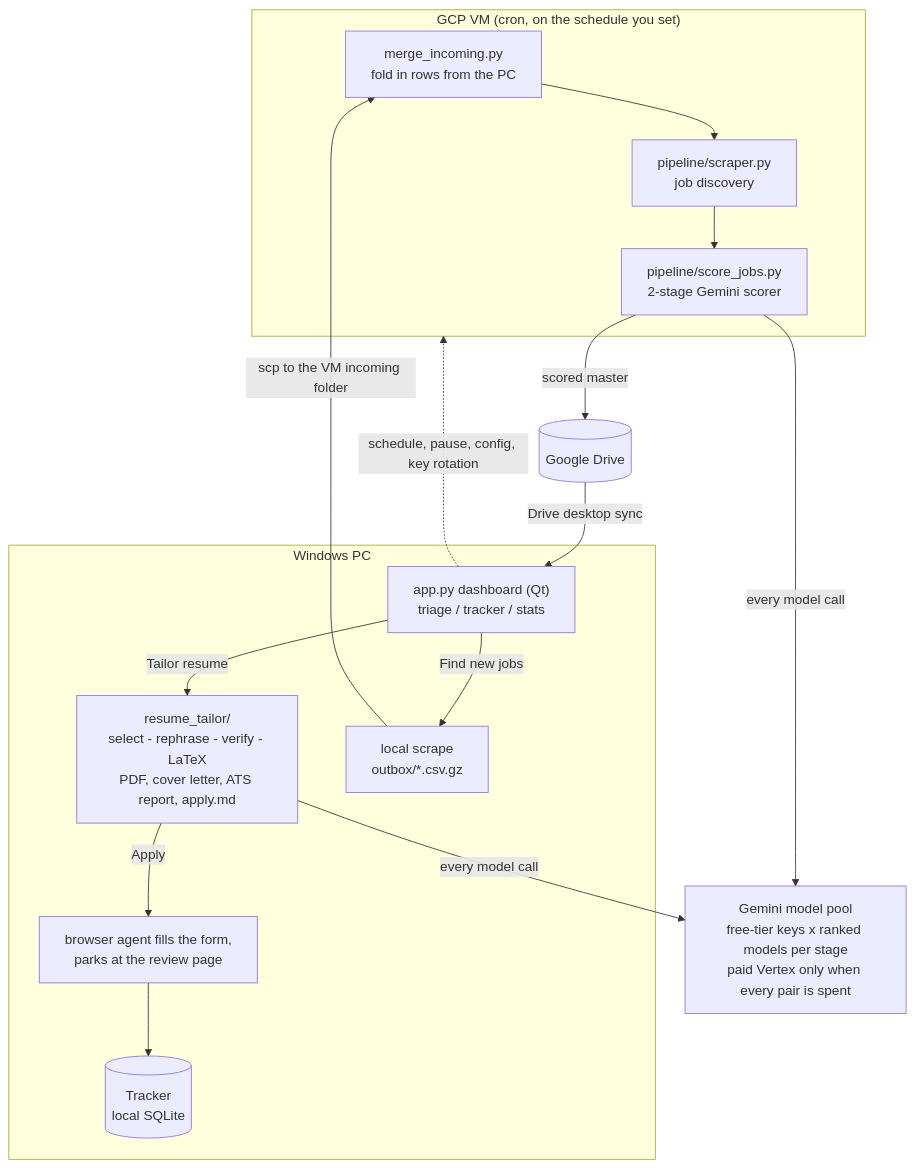
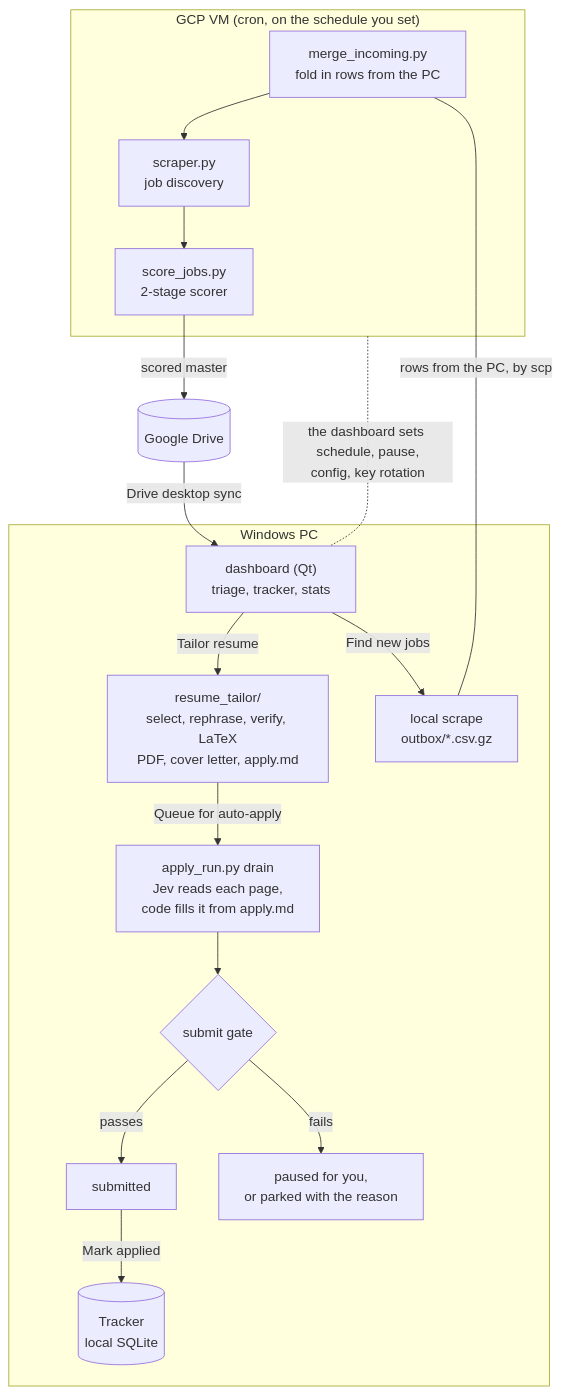
One commit to yib7/INployed changed the first of 3 diagrams in README.md. Above: the diagram before and after it, drawn with Mermaid. The commit also changed other lines of this file, not shown here.

First line of the commit message:
docs(readme): lead with auto-apply and the two code-enforced rules for v2.0

````diff
--- a/README.md
+++ b/README.md
@@ -57,16 +58,19 @@
 ```mermaid
 flowchart TD
     subgraph Cloud["GCP VM (cron, on the schedule you set)"]
-        M["merge_incoming.py<br/>fold in rows from the PC"] --> A["pipeline/scraper.py<br/>job discovery"] --> B["pipeline/score_jobs.py<br/>2-stage Gemini scorer"]
+        M["merge_incoming.py<br/>fold in rows from the PC"] --> A["scraper.py<br/>job discovery"] --> B["score_jobs.py<br/>2-stage scorer"]
     end
     B -->|scored master| C[("Google Drive")]
     C -->|Drive desktop sync| E
     subgraph Desktop["Windows PC"]
-        E["app.py dashboard (Qt)<br/>triage / tracker / stats"] -->|Tailor resume| F["resume_tailor/<br/>select - rephrase - verify - LaTeX<br/>PDF, cover letter, ATS report, apply.md"]
-        F -->|Apply| H["browser agent fills the form,<br/>parks at the review page"] --> T[("Tracker<br/>local SQLite")]
+        E["dashboard (Qt)<br/>triage, tracker, stats"] -->|Tailor resume| F["resume_tailor/<br/>select, rephrase, verify, LaTeX<br/>PDF, cover letter, apply.md"]
+        F -->|Queue for auto-apply| R["apply_run.py drain<br/>Jev reads each page,<br/>code fills it from apply.md"]
+        R --> G{"submit gate"}
+        G -->|passes| S["submitted"]
+        G -->|fails| K["paused for you,<br/>or parked with the reason"]
+        S -->|Mark applied| T[("Tracker<br/>local SQLite")]
         E -->|Find new jobs| L["local scrape<br/>outbox/*.csv.gz"]
     end
-    L -->|scp to the VM incoming folder| M
-    E -.->|schedule, pause, config, key rotation| Cloud
-    B & F -->|every model call| P["Gemini model pool<br/>free-tier keys x ranked models per stage<br/>paid Vertex only when every pair is spent"]
+    M ---|rows from the PC, by scp| L
+    Cloud -.-|the dashboard sets schedule, pause,<br/>config, key rotation| E
 ```
````
